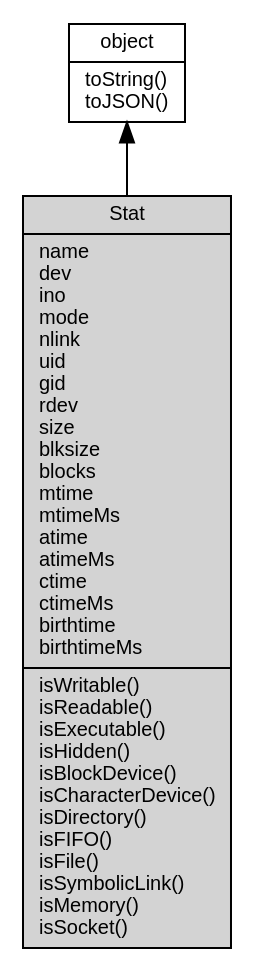
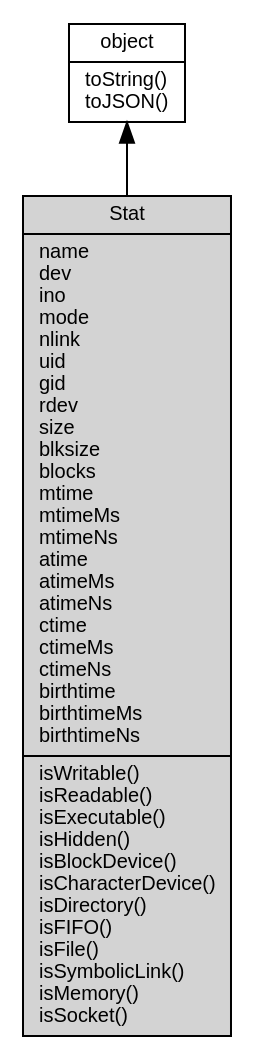
Before and after one commit to fibjs/fibjs.org: the diagram in docs/manual/object/ifs/Stat.md, drawn with Graphviz. The commit also changed other lines of this file and 148 other files, not shown here.

First line of the commit message:
feat: add ZlibCodec documentation and update object graph

````diff
--- a/docs/manual/object/ifs/Stat.md
+++ b/docs/manual/object/ifs/Stat.md
@@ -7,10 +7,10 @@
 ```dot
 digraph {
     node [fontname="Helvetica,sans-Serif", fontsize=10, shape="record", style="filled", fillcolor="white"];
 
     object [tooltip="object", URL="object.md", label="{object|toString()\ltoJSON()\l}"];
-    Stat [tooltip="Stat", fillcolor="lightgray", id="me", label="{Stat|name\ldev\lino\lmode\lnlink\luid\lgid\lrdev\lsize\lblksize\lblocks\lmtime\lmtimeMs\latime\latimeMs\lctime\lctimeMs\lbirthtime\lbirthtimeMs\l|isWritable()\lisReadable()\lisExecutable()\lisHidden()\lisBlockDevice()\lisCharacterDevice()\lisDirectory()\lisFIFO()\lisFile()\lisSymbolicLink()\lisMemory()\lisSocket()\l}"];
+    Stat [tooltip="Stat", fillcolor="lightgray", id="me", label="{Stat|name\ldev\lino\lmode\lnlink\luid\lgid\lrdev\lsize\lblksize\lblocks\lmtime\lmtimeMs\lmtimeNs\latime\latimeMs\latimeNs\lctime\lctimeMs\lctimeNs\lbirthtime\lbirthtimeMs\lbirthtimeNs\l|isWritable()\lisReadable()\lisExecutable()\lisHidden()\lisBlockDevice()\lisCharacterDevice()\lisDirectory()\lisFIFO()\lisFile()\lisSymbolicLink()\lisMemory()\lisSocket()\l}"];
 
     object -> Stat [dir=back];
 }
 ```
````
